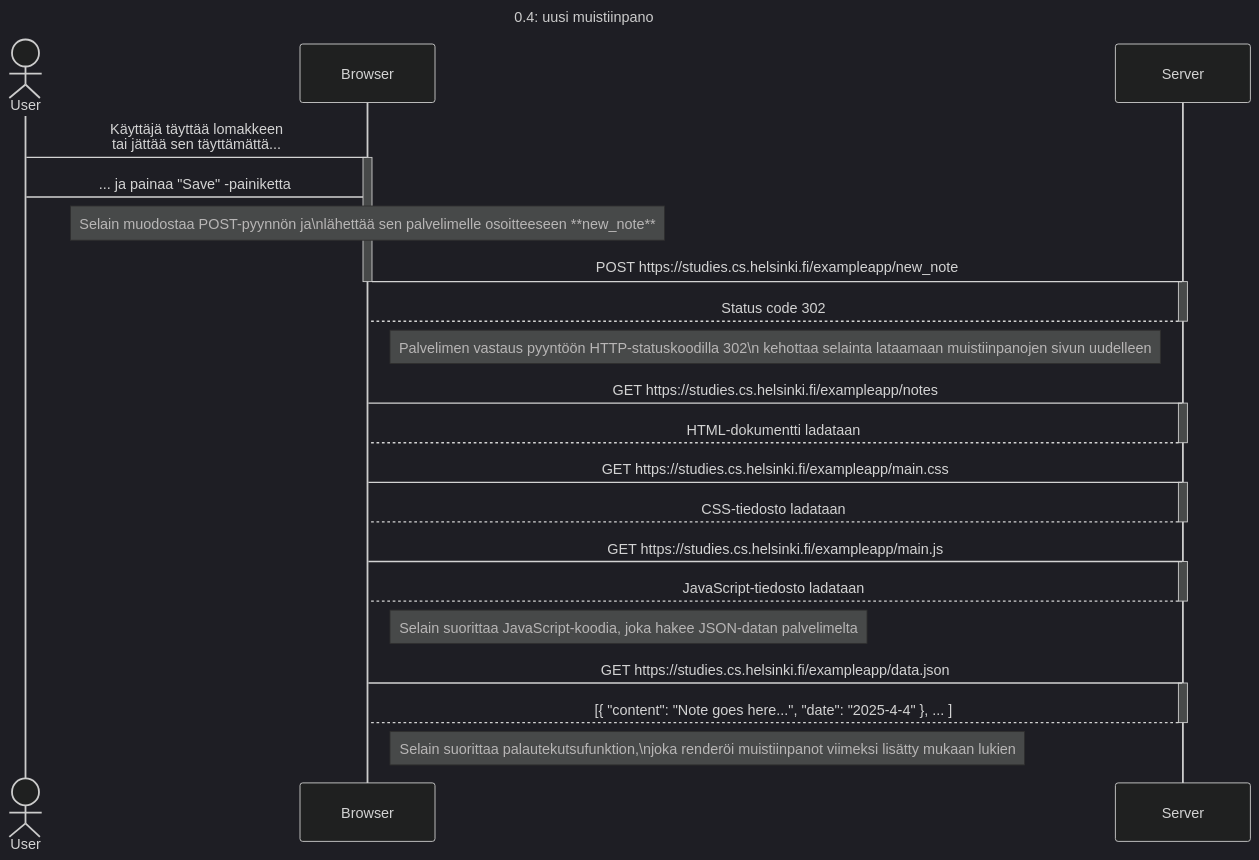
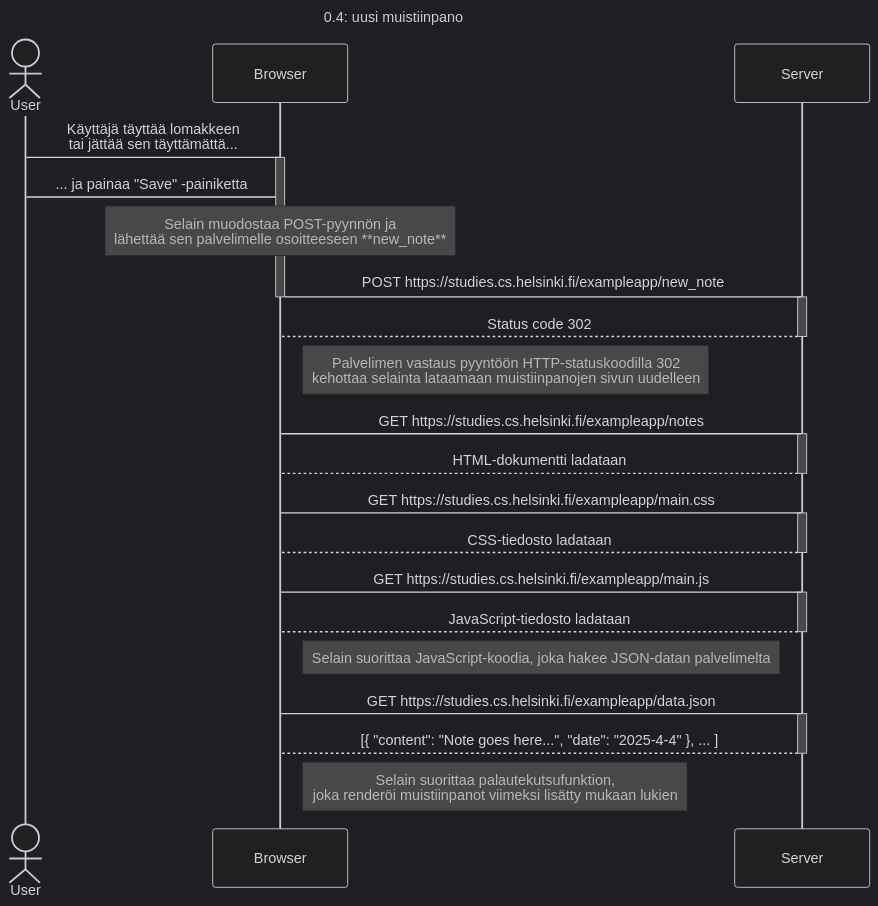
The diagram in osa0/0.4__uusi_muistiinpano.md (JuriHajainen/fullstackopen), drawn with Mermaid (dark theme) before and after one commit. The commit also changed 1 other file, not shown here.

Commit message:
More fixes

````diff
--- a/osa0/0.4__uusi_muistiinpano.md
+++ b/osa0/0.4__uusi_muistiinpano.md
@@ -4,47 +4,47 @@
 ```mermaid
 
 sequenceDiagram
 
     title 0.4: uusi muistiinpano
 
     actor User
     participant Browser
     participant Server
 
     User->Browser: Käyttäjä täyttää lomakkeen<br>tai jättää sen täyttämättä...
     activate Browser
     User->Browser: ... ja painaa "Save" -painiketta
-    note over Browser: Selain muodostaa POST-pyynnön ja\nlähettää sen palvelimelle osoitteeseen **new_note**
+    note over Browser: Selain muodostaa POST-pyynnön ja<br>lähettää sen palvelimelle osoitteeseen **new_note**
     
     Browser->Server: POST https://studies.cs.helsinki.fi/exampleapp/new_note
     deactivate Browser
     activate Server
     Server-->Browser: Status code 302
     deactivate Server
-    note right of Browser: Palvelimen vastaus pyyntöön HTTP-statuskoodilla 302\n kehottaa selainta lataamaan muistiinpanojen sivun uudelleen
+    note right of Browser: Palvelimen vastaus pyyntöön HTTP-statuskoodilla 302<br>kehottaa selainta lataamaan muistiinpanojen sivun uudelleen
     
     Browser->Server: GET https://studies.cs.helsinki.fi/exampleapp/notes
     activate Server
     Server-->Browser: HTML-dokumentti ladataan
     deactivate Server
     
     Browser->Server: GET https://studies.cs.helsinki.fi/exampleapp/main.css
     activate Server
     Server-->Browser: CSS-tiedosto ladataan
     deactivate Server
     
     Browser->Server: GET https://studies.cs.helsinki.fi/exampleapp/main.js
     activate Server
     Server-->Browser: JavaScript-tiedosto ladataan
     deactivate Server
     
     note right of Browser: Selain suorittaa JavaScript-koodia, joka hakee JSON-datan palvelimelta
     
     Browser->Server: GET https://studies.cs.helsinki.fi/exampleapp/data.json
     activate Server
     Server-->Browser: [{ "content": "Note goes here...", "date": "2025-4-4" }, ... ]
     deactivate Server
 
-    note right of Browser: Selain suorittaa palautekutsufunktion,\njoka renderöi muistiinpanot viimeksi lisätty mukaan lukien
+    note right of Browser: Selain suorittaa palautekutsufunktion,<br>joka renderöi muistiinpanot viimeksi lisätty mukaan lukien
 
 ```
````
